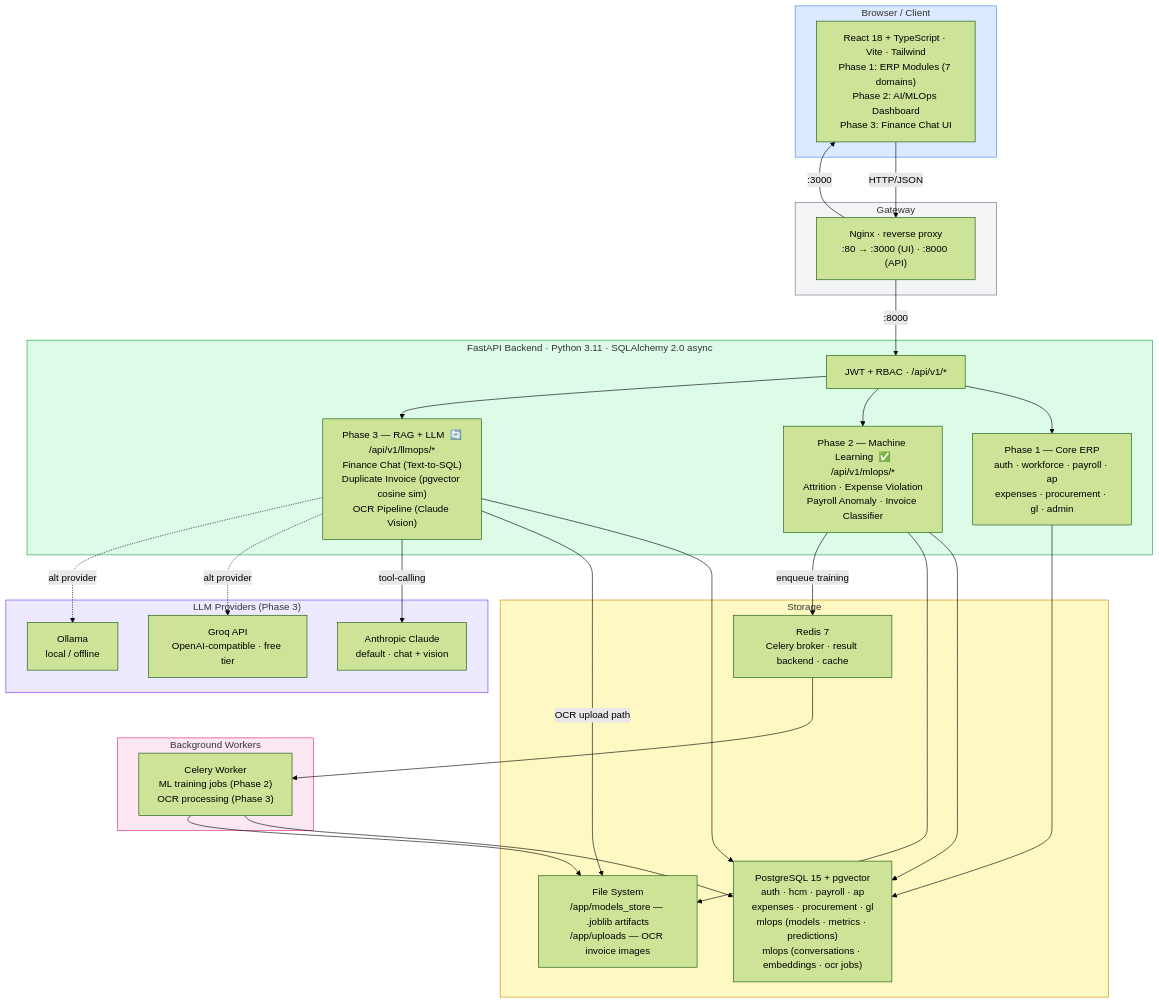
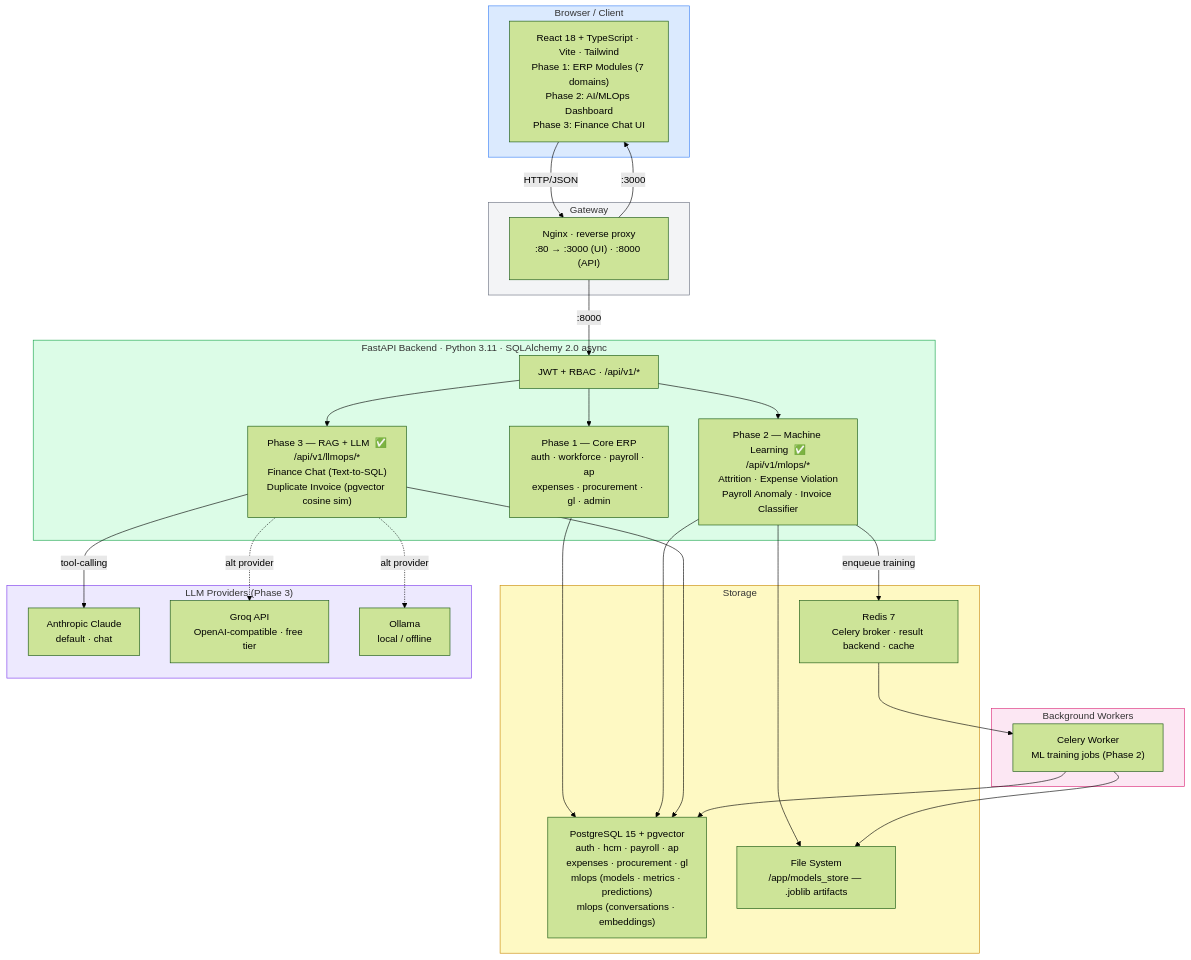
One commit to deepakkumarsray2026-dev/mini-erp changed the first of 2 diagrams in README.md. Above: the diagram before and after it, drawn with Mermaid (forest theme). The commit also changed other lines of this file and 34 other files, not shown here.

First line of the commit message:
refactor(phase3): remove OCR pipeline entirely

````diff
--- a/README.md
+++ b/README.md
@@ -42,57 +42,56 @@
 ```mermaid
 graph TB
     subgraph Client["Browser / Client"]
         FE["React 18 + TypeScript · Vite · Tailwind\nPhase 1: ERP Modules (7 domains)\nPhase 2: AI/MLOps Dashboard\nPhase 3: Finance Chat UI"]
     end
 
     subgraph GW["Gateway"]
         NG["Nginx · reverse proxy\n:80 → :3000 (UI) · :8000 (API)"]
     end
 
     subgraph BE["FastAPI Backend · Python 3.11 · SQLAlchemy 2.0 async"]
         API["JWT + RBAC · /api/v1/*"]
         ERP["Phase 1 — Core ERP\nauth · workforce · payroll · ap\nexpenses · procurement · gl · admin"]
         ML["Phase 2 — Machine Learning  ✅\n/api/v1/mlops/*\nAttrition · Expense Violation\nPayroll Anomaly · Invoice Classifier"]
-        LLM["Phase 3 — RAG + LLM  🔄\n/api/v1/llmops/*\nFinance Chat (Text-to-SQL)\nDuplicate Invoice (pgvector cosine sim)\nOCR Pipeline (Claude Vision)"]
+        LLM["Phase 3 — RAG + LLM  ✅\n/api/v1/llmops/*\nFinance Chat (Text-to-SQL)\nDuplicate Invoice (pgvector cosine sim)"]
     end
 
     subgraph ST["Storage"]
-        PG["PostgreSQL 15 + pgvector\nauth · hcm · payroll · ap\nexpenses · procurement · gl\nmlops (models · metrics · predictions)\nmlops (conversations · embeddings · ocr jobs)"]
+        PG["PostgreSQL 15 + pgvector\nauth · hcm · payroll · ap\nexpenses · procurement · gl\nmlops (models · metrics · predictions)\nmlops (conversations · embeddings)"]
         RD["Redis 7\nCelery broker · result backend · cache"]
-        FS["File System\n/app/models_store — .joblib artifacts\n/app/uploads — OCR invoice images"]
+        FS["File System\n/app/models_store — .joblib artifacts"]
     end
 
     subgraph WK["Background Workers"]
-        CW["Celery Worker\nML training jobs (Phase 2)\nOCR processing (Phase 3)"]
+        CW["Celery Worker\nML training jobs (Phase 2)"]
     end
 
     subgraph LP["LLM Providers (Phase 3)"]
-        ANT["Anthropic Claude\ndefault · chat + vision"]
+        ANT["Anthropic Claude\ndefault · chat"]
         GROQ["Groq API\nOpenAI-compatible · free tier"]
         OLL["Ollama\nlocal / offline"]
     end
 
     FE -->|HTTP/JSON| NG
     NG -->|:8000| API
     NG -->|:3000| FE
     API --> ERP & ML & LLM
     ERP --> PG
     ML --> PG
     ML --> FS
     ML -->|enqueue training| RD
     LLM --> PG
-    LLM -->|OCR upload path| FS
     LLM -->|tool-calling| ANT
     LLM -.->|alt provider| GROQ
     LLM -.->|alt provider| OLL
     RD --> CW
     CW --> PG
     CW --> FS
 
     style Client fill:#dbeafe,stroke:#3b82f6
     style BE fill:#dcfce7,stroke:#16a34a
     style ST fill:#fef9c3,stroke:#ca8a04
     style WK fill:#fce7f3,stroke:#db2777
     style GW fill:#f3f4f6,stroke:#6b7280
     style LP fill:#ede9fe,stroke:#7c3aed
 ```
````
